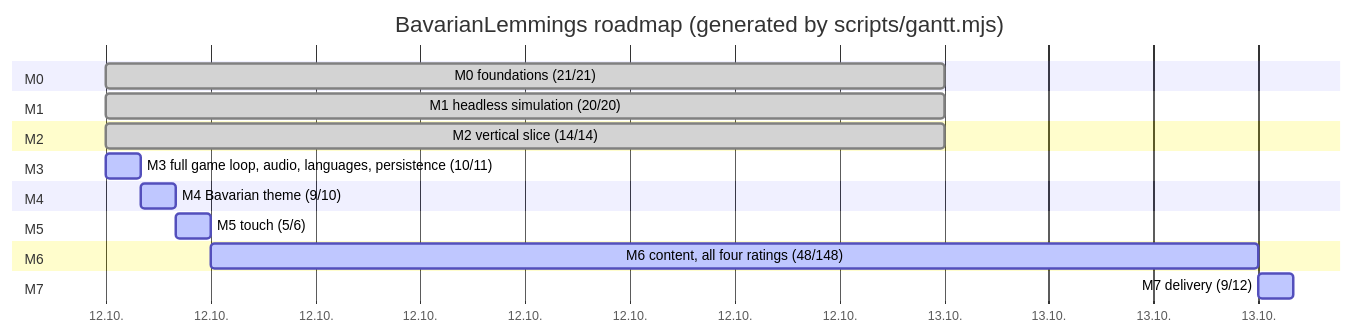
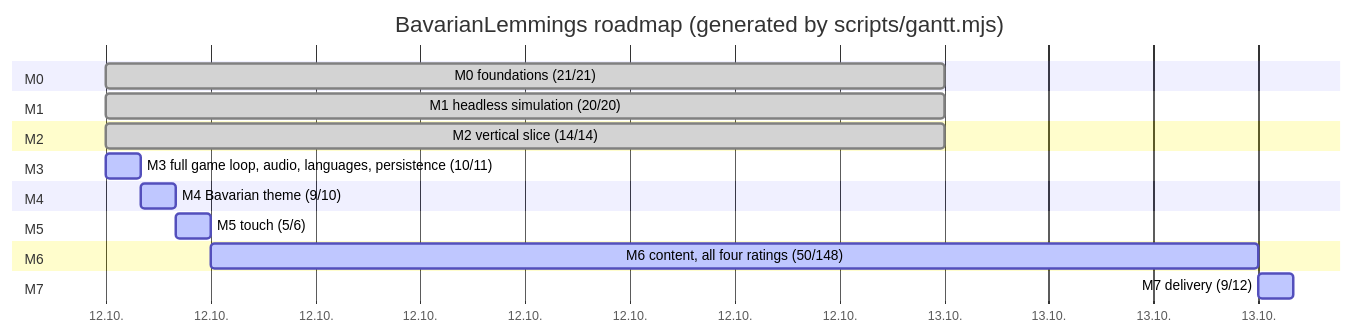
The diagram in plan.md (marcelpetrick/BavarianLemmings), drawn with Mermaid before and after one commit. The commit also changed other lines of this file and 6 other files, not shown here.

````diff
--- a/plan.md
+++ b/plan.md
@@ -43,22 +43,22 @@
 ```mermaid
 gantt
     title BavarianLemmings roadmap (generated by scripts/gantt.mjs)
     dateFormat  YYYY-MM-DD
     axisFormat  %d.%m.
     section M0
     M0 foundations (21/21) :done, m0, 2026-10-12, 1d
     section M1
     M1 headless simulation (20/20) :done, m1, 2026-10-12, 1d
     section M2
     M2 vertical slice (14/14) :done, m2, 2026-10-12, 1d
     section M3
     M3 full game loop, audio, languages, persistence (10/11) :active, m3, 2026-10-12, 1h
     section M4
     M4 Bavarian theme (9/10) :active, m4, after m3, 1h
     section M5
     M5 touch (5/6) :active, m5, after m4, 1h
     section M6
-    M6 content, all four ratings (48/148) :active, m6, after m5, 30h
+    M6 content, all four ratings (50/148) :active, m6, after m5, 30h
     section M7
     M7 delivery (9/12) :active, m7, after m6, 1h
 ```
````
